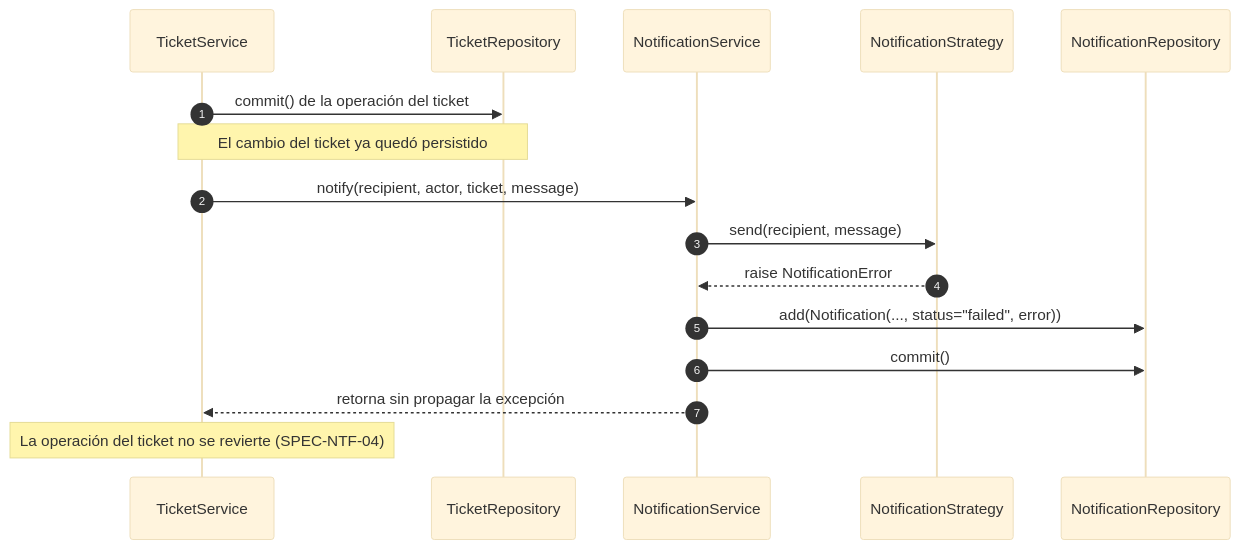
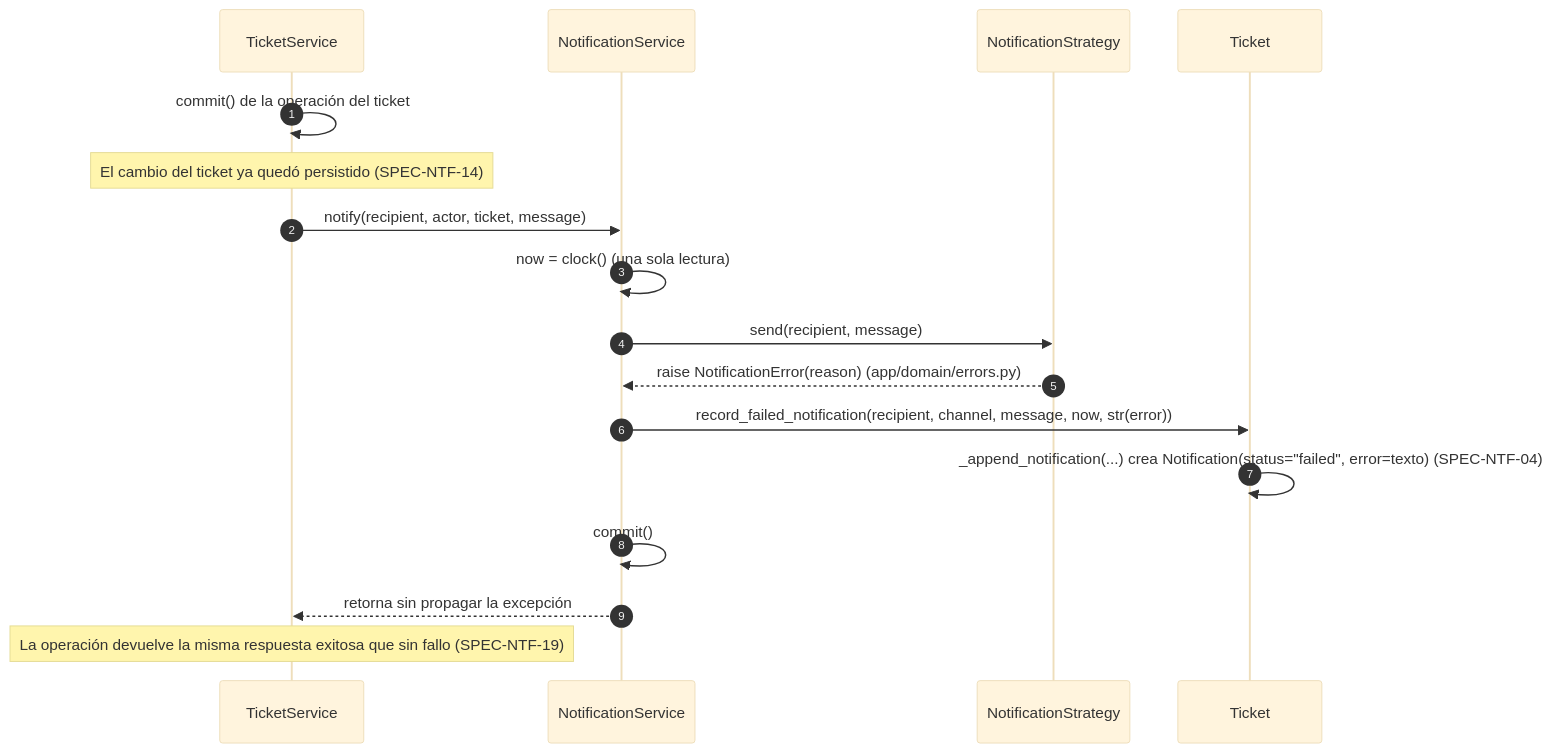
One commit to Diazfe-dev/AyED-III-python-ticket-service changed the second of 2 diagrams in diagrams/sequences/06-notifications.md. Above: the diagram before and after it, drawn with Mermaid (base theme). The commit also changed other lines of this file and 8 other files, not shown here.

Commit message:
docs(notification): sync diagrams, AGENTS.md and MEMORY.md

````diff
--- a/diagrams/sequences/06-notifications.md
+++ b/diagrams/sequences/06-notifications.md
@@ -50,19 +59,20 @@
 ```mermaid
 sequenceDiagram
     autonumber
     participant TS as TicketService
-    participant TR as TicketRepository
     participant NS as NotificationService
     participant ST as NotificationStrategy
-    participant NR as NotificationRepository
+    participant T as Ticket
 
-    TS->>TR: commit() de la operación del ticket
-    Note over TS,TR: El cambio del ticket ya quedó persistido
+    TS->>TS: commit() de la operación del ticket
+    Note over TS: El cambio del ticket ya quedó persistido (SPEC-NTF-14)
     TS->>NS: notify(recipient, actor, ticket, message)
+    NS->>NS: now = clock() (una sola lectura)
     NS->>ST: send(recipient, message)
-    ST-->>NS: raise NotificationError
-    NS->>NR: add(Notification(..., status="failed", error))
-    NS->>NR: commit()
+    ST-->>NS: raise NotificationError(reason) (app/domain/errors.py)
+    NS->>T: record_failed_notification(recipient, channel, message, now, str(error))
+    T->>T: _append_notification(...) crea Notification(status="failed", error=texto) (SPEC-NTF-04)
+    NS->>NS: commit()
     NS-->>TS: retorna sin propagar la excepción
-    Note over TS: La operación del ticket no se revierte (SPEC-NTF-04)
+    Note over TS: La operación devuelve la misma respuesta exitosa que sin fallo (SPEC-NTF-19)
 ```
````
